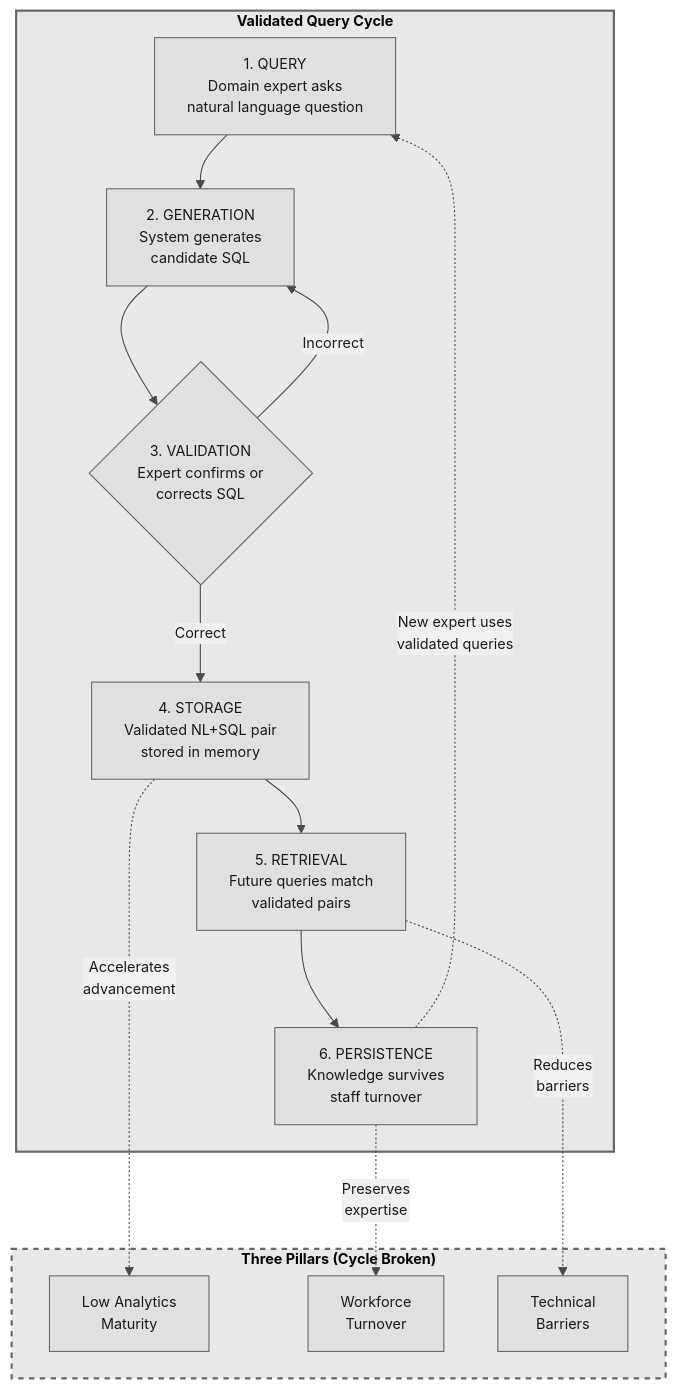
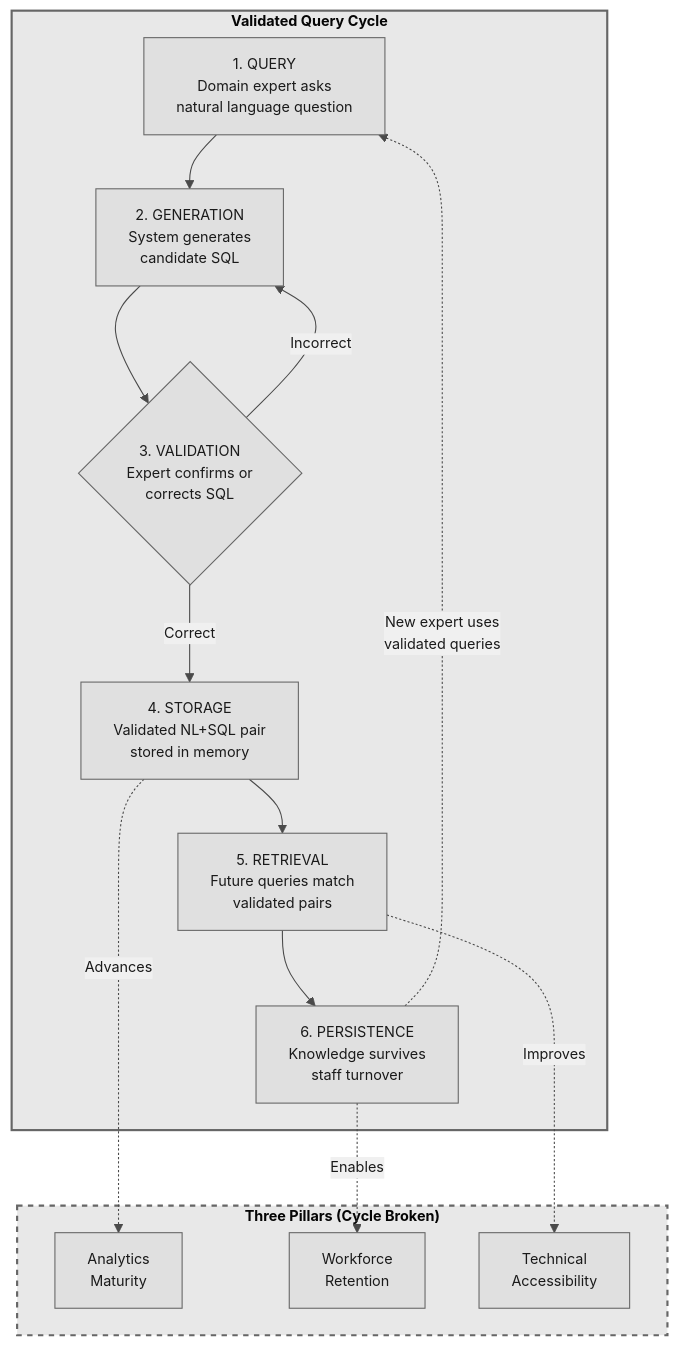
The diagram in figures/knowledge-cycle.mmd (stharrold/yuimedi-paper-20250901), drawn with Mermaid before and after one commit. The commit also changed 5 other files, not shown here.

```diff
--- a/figures/knowledge-cycle.mmd
+++ b/figures/knowledge-cycle.mmd
@@ -1,37 +1,37 @@
 %%{init: {'theme': 'base', 'flowchart': {'useMaxWidth': false, 'markdownAutoWrap': false}, 'themeVariables': { 'primaryColor': '#e0e0e0', 'primaryTextColor': '#1a1a1a', 'primaryBorderColor': '#666', 'lineColor': '#4a4a4a', 'secondaryColor': '#f0f0f0', 'tertiaryColor': '#fafafa', 'fontFamily': 'Arial, sans-serif', 'fontSize': '10pt'}}}%%
 flowchart TB
     %% Validated Query Cycle - Knowledge Preservation Mechanism
     %% Shows how validated NL+SQL pairs break the three-pillar compounding cycle
 
     subgraph CYCLE["<b>Validated Query Cycle</b>"]
         Q["1. QUERY<br/>Domain expert asks<br/>natural language question"]
         G["2. GENERATION<br/>System generates<br/>candidate SQL"]
         V{"3. VALIDATION<br/>Expert confirms or<br/>corrects SQL"}
         S["4. STORAGE<br/>Validated NL+SQL pair<br/>stored in memory"]
         R["5. RETRIEVAL<br/>Future queries match<br/>validated pairs"]
         P["6. PERSISTENCE<br/>Knowledge survives<br/>staff turnover"]
     end
 
     subgraph PILLARS["<b>Three Pillars (Cycle Broken)</b>"]
-        M["Low Analytics<br/>Maturity"]
-        T["Workforce<br/>Turnover"]
-        B["Technical<br/>Barriers"]
+        M["Analytics<br/>Maturity"]
+        T["Workforce<br/>Retention"]
+        B["Technical<br/>Accessibility"]
     end
 
     %% Main cycle flow (left to right)
     Q --> G
     G --> V
     V -->|"Correct"| S
     V -->|"Incorrect"| G
     S --> R
     R --> P
     P -.->|"New expert uses<br/>validated queries"| Q
 
-    %% How cycle breaks each pillar (vertical connections)
-    S -.->|"Accelerates<br/>advancement"| M
-    P -.->|"Preserves<br/>expertise"| T
-    R -.->|"Reduces<br/>barriers"| B
+    %% How cycle advances each pillar (vertical connections)
+    S -.->|"Advances"| M
+    P -.->|"Enables"| T
+    R -.->|"Improves"| B
 
     %% Styling - Grayscale
     style CYCLE fill:#e8e8e8,stroke:#666,stroke-width:2px
     style PILLARS fill:#e8e8e8,stroke:#666,stroke-width:2px,stroke-dasharray:5 5
```
